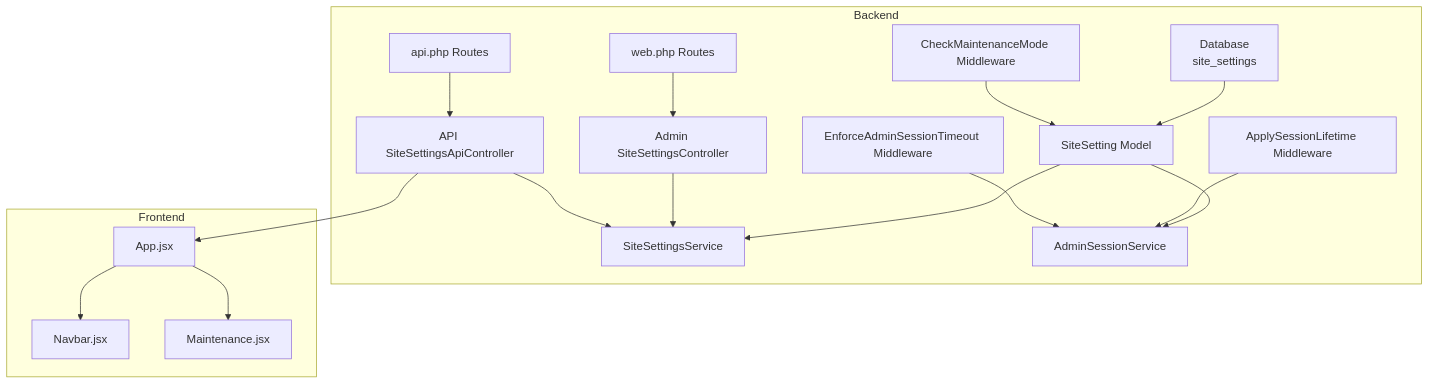
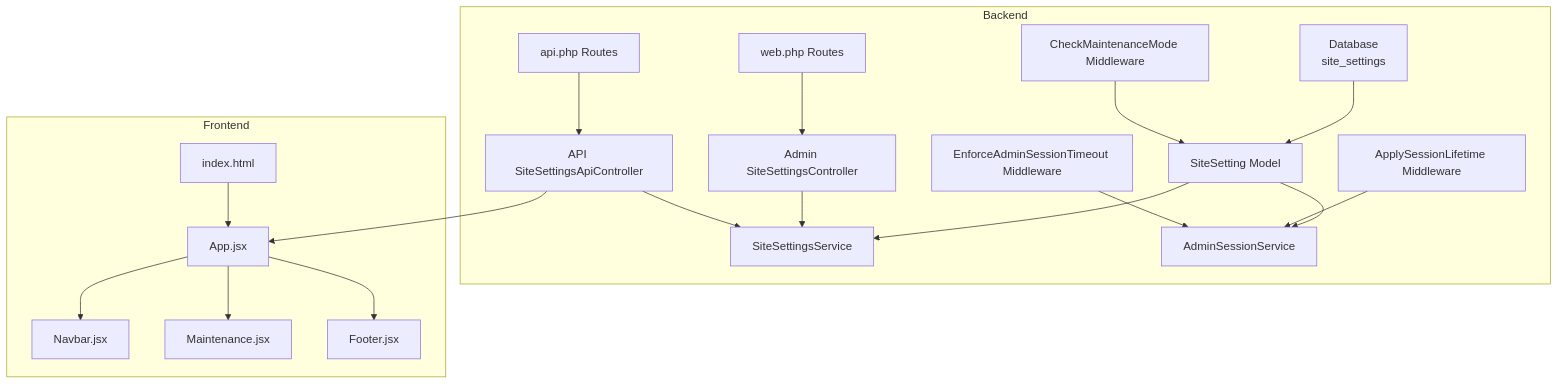
The first of 7 diagrams in .qoder/repowiki/en/content/Administrative Dashboard/Site Configuration & Settings.md (mahbub095/bus-app), drawn with Mermaid before and after one commit. The commit also changed other lines of this file and 115 other files, not shown here.

````diff
--- a/.qoder/repowiki/en/content/Administrative Dashboard/Site Configuration & Settings.md
+++ b/.qoder/repowiki/en/content/Administrative Dashboard/Site Configuration & Settings.md
@@ -53,34 +57,38 @@
 ```mermaid
 graph TB
 subgraph "Backend"
 DB["Database<br/>site_settings"]
 Model["SiteSetting Model"]
 Service["SiteSettingsService"]
 AdminService["AdminSessionService"]
 AdminCtrl["Admin SiteSettingsController"]
 ApiCtrl["API SiteSettingsApiController"]
 MW["CheckMaintenanceMode Middleware"]
 SessionMW["ApplySessionLifetime Middleware"]
 TimeoutMW["EnforceAdminSessionTimeout Middleware"]
 WebRoutes["web.php Routes"]
 ApiRoutes["api.php Routes"]
 end
 subgraph "Frontend"
 App["App.jsx"]
 Navbar["Navbar.jsx"]
 Maintenance["Maintenance.jsx"]
+Footer["Footer.jsx"]
+IndexHTML["index.html"]
 end
 DB --> Model
 Model --> Service
 Model --> AdminService
 AdminCtrl --> Service
 ApiCtrl --> Service
 MW --> Model
 SessionMW --> AdminService
 TimeoutMW --> AdminService
 WebRoutes --> AdminCtrl
 ApiRoutes --> ApiCtrl
 ApiCtrl --> App
 App --> Navbar
 App --> Maintenance
+App --> Footer
+IndexHTML --> App
 ```
````
